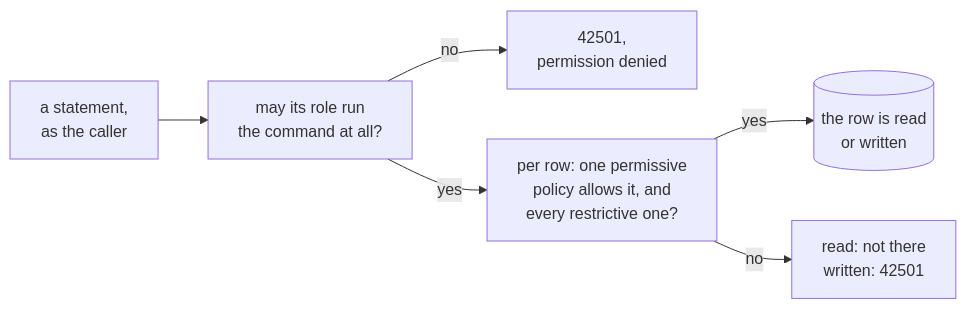
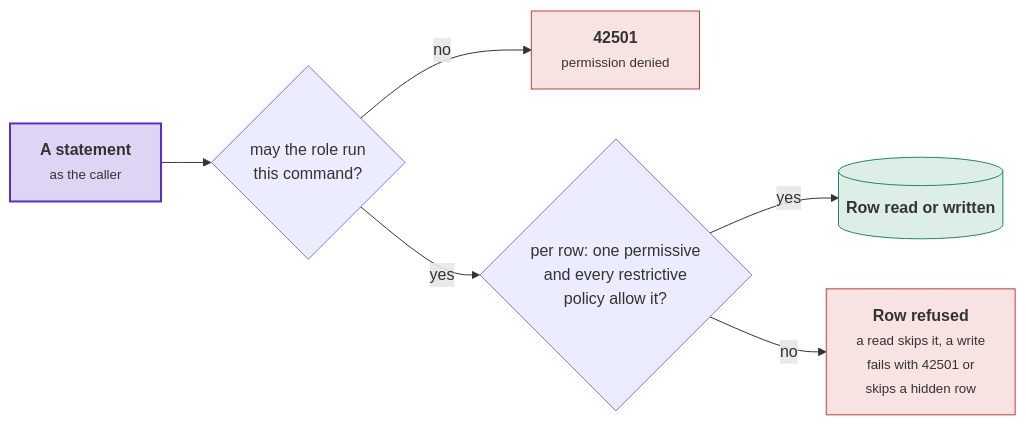
The fourth of 6 diagrams in docs/how-a-request-is-checked.md (DylanSnel/DDDToolkit), drawn with Mermaid before and after one commit. The commit also changed other lines of this file and 41 other files, not shown here.

First line of the commit message:
Docs: plain prose, one word per concept, and readable diagrams on every page

````diff
--- a/docs/how-a-request-is-checked.md
+++ b/docs/how-a-request-is-checked.md
@@ -663,8 +714,14 @@
 ```mermaid
 flowchart LR
-    Statement["a statement,<br/>as the caller"] --> Privilege["may its role run<br/>the command at all?"]
-    Privilege -- "no" --> Denied["42501,<br/>permission denied"]
-    Privilege -- "yes" --> Policies["per row: one permissive<br/>policy allows it, and<br/>every restrictive one?"]
-    Policies -- "yes" --> Row[("the row is read<br/>or written")]
-    Policies -- "no" --> Refused["read: not there<br/>written: 42501"]
+    Statement["<b>A statement</b><br/><small>as the caller</small>"] --> Privilege{"may the role run<br/>this command?"}
+    Privilege -- "no" --> NoPrivilege["<b>42501</b><br/><small>permission denied</small>"]
+    Privilege -- "yes" --> Policies{"per row: one permissive<br/>and every restrictive<br/>policy allow it?"}
+    Policies -- "yes" --> Row[("<b>Row read or written</b>")]
+    Policies -- "no" --> Refused["<b>Row refused</b><br/><small>a read skips it, a write<br/>fails with 42501 or<br/>skips a hidden row</small>"]
+    classDef strong fill:#5b2ec933,stroke:#5b2ec9,stroke-width:2px
+    classDef good fill:#1f8a5b26,stroke:#1f8a5b
+    classDef bad fill:#c93c3c24,stroke:#c93c3c
+    class Statement strong
+    class Row good
+    class NoPrivilege,Refused bad
 ```
````
